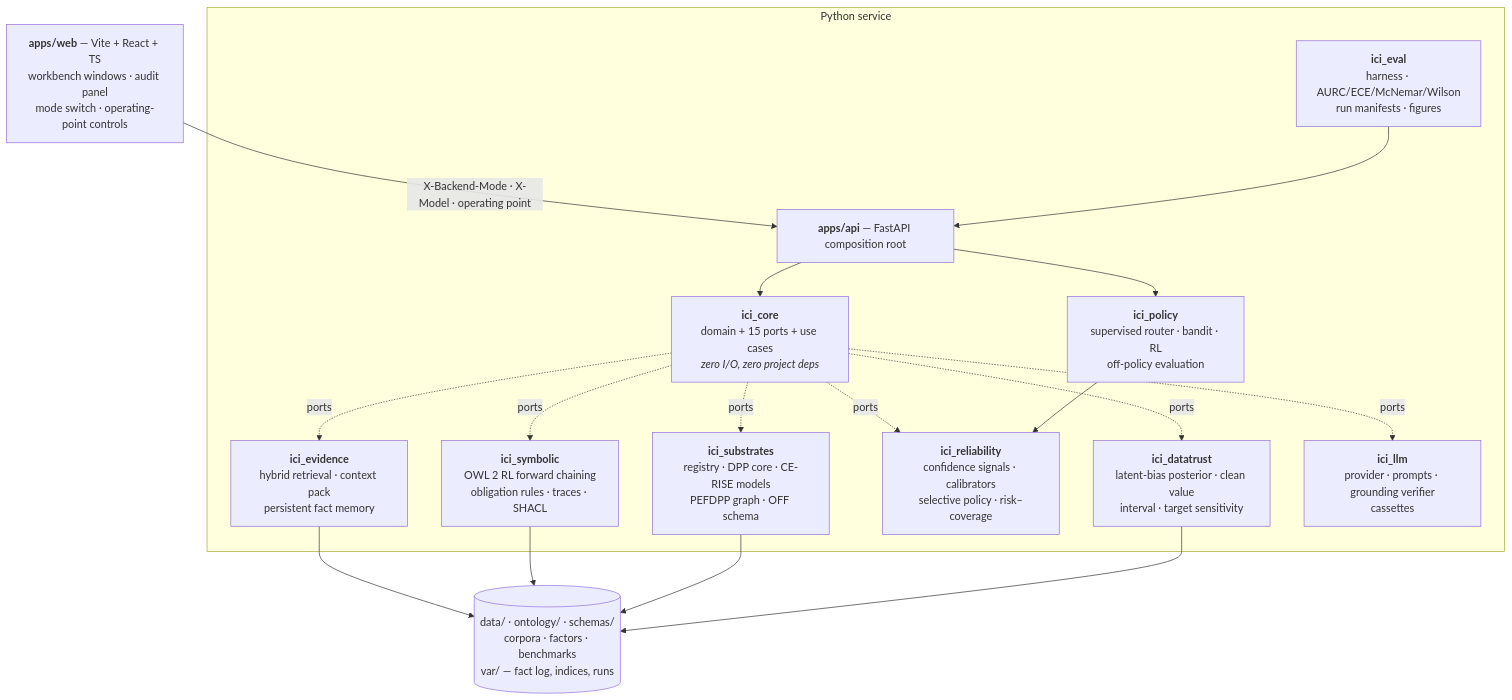
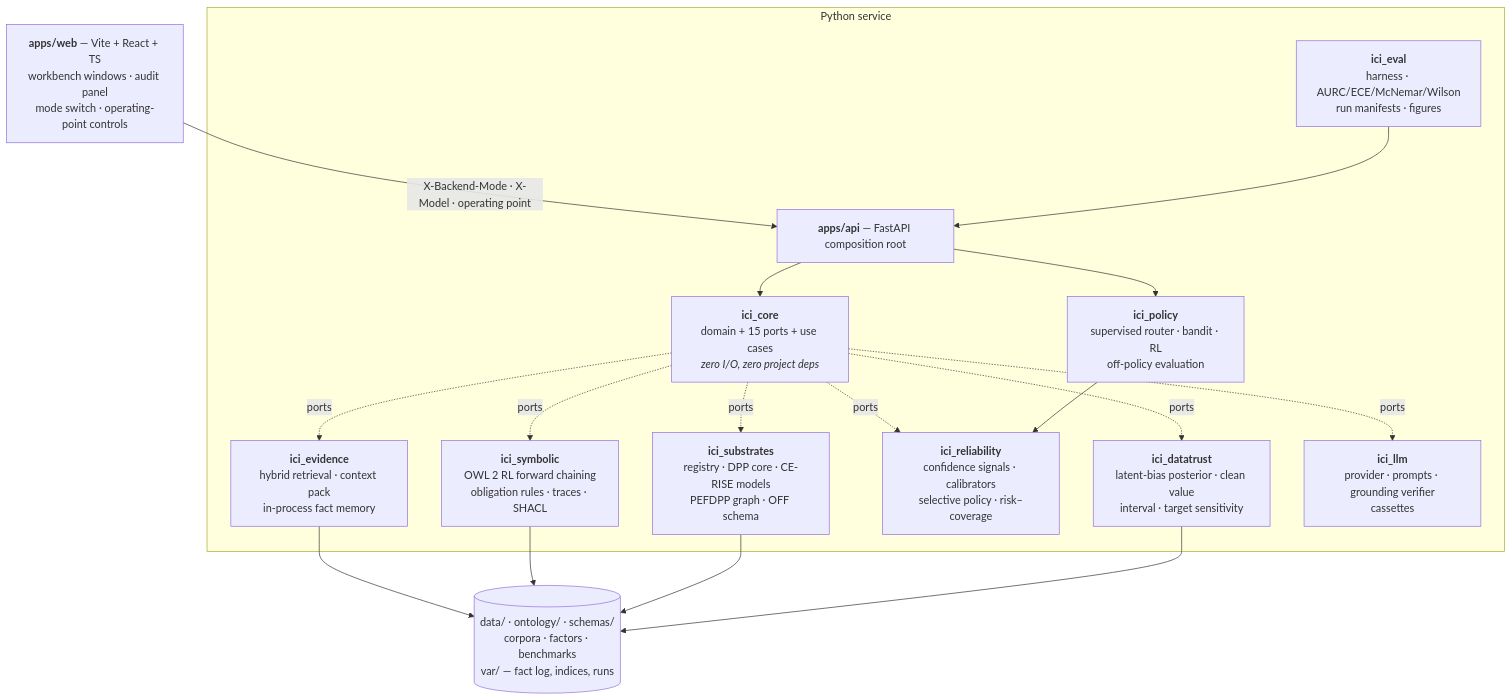
The third of 9 diagrams in docs/ARCHITECTURE.md (CE-RISE-software/intelligent-circular-insights), drawn with Mermaid before and after one commit. The commit also changed other lines of this file and 10 other files, not shown here.

Commit message:
Treat fact-memory persistence as a possible future requirement, not a current capability

````diff
--- a/docs/ARCHITECTURE.md
+++ b/docs/ARCHITECTURE.md
@@ -118,27 +118,27 @@
 ```mermaid
 graph TB
     WEB["<b>apps/web</b> — Vite + React + TS<br/>workbench windows · audit panel<br/>mode switch · operating-point controls"]
 
     subgraph "Python service"
         API["<b>apps/api</b> — FastAPI composition root"]
         CORE["<b>ici_core</b><br/>domain + 15 ports + use cases<br/><i>zero I/O, zero project deps</i>"]
-        EVID["<b>ici_evidence</b><br/>hybrid retrieval · context pack<br/>persistent fact memory"]
+        EVID["<b>ici_evidence</b><br/>hybrid retrieval · context pack<br/>in-process fact memory"]
         SYM["<b>ici_symbolic</b><br/>OWL 2 RL forward chaining<br/>obligation rules · traces · SHACL"]
         SUB["<b>ici_substrates</b><br/>registry · DPP core · CE-RISE models<br/>PEFDPP graph · OFF schema"]
         REL["<b>ici_reliability</b><br/>confidence signals · calibrators<br/>selective policy · risk–coverage"]
         TRUST["<b>ici_datatrust</b><br/>latent-bias posterior · clean value<br/>interval · target sensitivity"]
         LLM["<b>ici_llm</b><br/>provider · prompts · grounding verifier<br/>cassettes"]
         POL["<b>ici_policy</b><br/>supervised router · bandit · RL<br/>off-policy evaluation"]
         EVAL["<b>ici_eval</b><br/>harness · AURC/ECE/McNemar/Wilson<br/>run manifests · figures"]
     end
 
     DATA[("data/ · ontology/ · schemas/<br/>corpora · factors · benchmarks<br/>var/ — fact log, indices, runs")]
 
     WEB -->|"X-Backend-Mode · X-Model · operating point"| API
     API --> CORE
     CORE -.->|ports| EVID & SYM & SUB & REL & TRUST & LLM
     API --> POL
     POL --> REL
     EVAL --> API
     EVID & SYM & SUB & TRUST --> DATA
 ```
````
